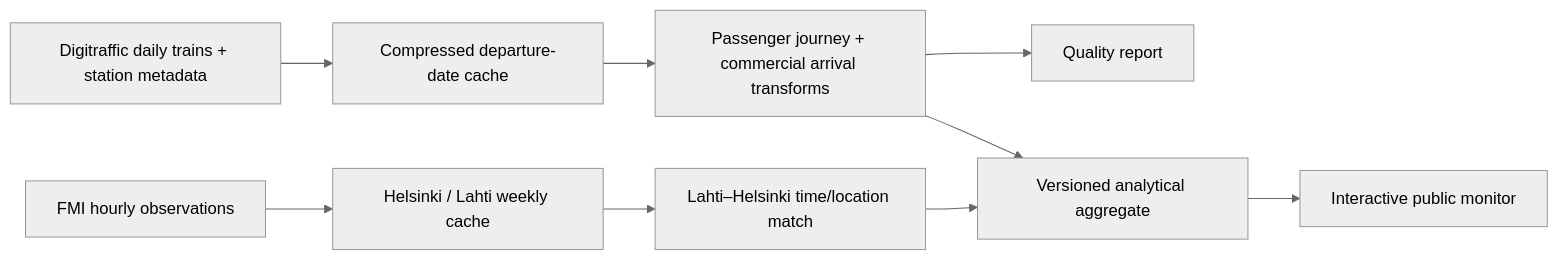
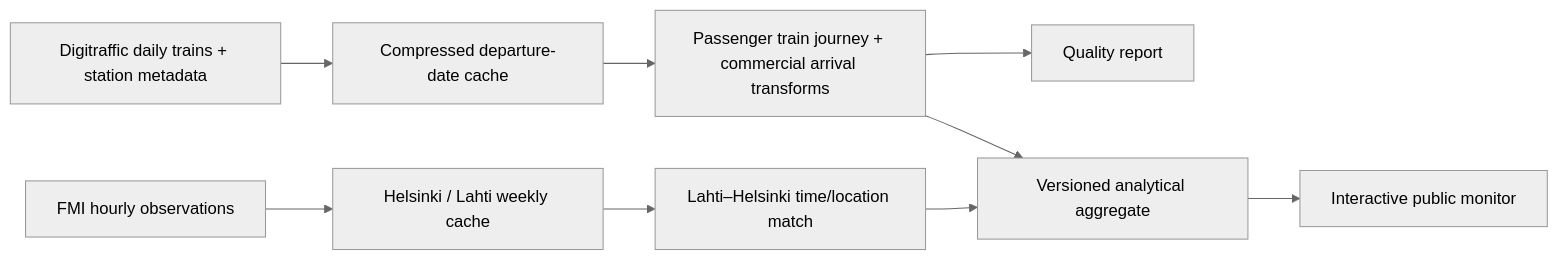
One commit to Sintagmatarches/applied-ai-lab changed the first of 2 diagrams in README.md. Above: the diagram before and after it, drawn with Mermaid (neutral theme). The commit also changed other lines of this file and 11 other files, not shown here.

````diff
--- a/README.md
+++ b/README.md
@@ -48,11 +48,11 @@
 ```mermaid
 flowchart LR
   D["Digitraffic daily trains + station metadata"] --> C["Compressed departure-date cache"]
   F["FMI hourly observations"] --> W["Helsinki / Lahti weekly cache"]
-  C --> T["Passenger journey + commercial arrival transforms"]
+  C --> T["Passenger train journey + commercial arrival transforms"]
   W --> L["Lahti–Helsinki time/location match"]
   T --> Q["Quality report"]
   T --> A["Versioned analytical aggregate"]
   L --> A
   A --> U["Interactive public monitor"]
 ```
````
